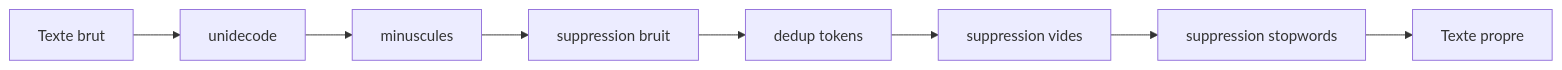
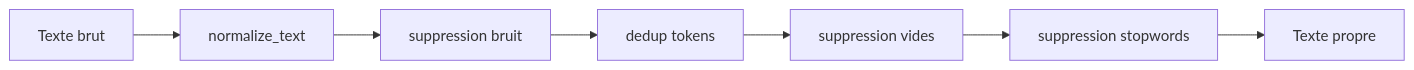
The second of 5 diagrams in classify-ttc/README.md (InseeFrLab/codif-coicop-bdf), drawn with Mermaid before and after one commit. The commit also changed other lines of this file and 7 other files, not shown here.

````diff
--- a/classify-ttc/README.md
+++ b/classify-ttc/README.md
@@ -162,10 +162,9 @@
 ```mermaid
 flowchart LR
-    A[Texte brut] --> B[unidecode]
-    B --> C[minuscules]
-    C --> D[suppression bruit]
+    A[Texte brut] --> B[normalize_text]
+    B --> D[suppression bruit]
     D --> E[dedup tokens]
     E --> F[suppression vides]
     F --> G[suppression stopwords]
     G --> H[Texte propre]
 ```
````
